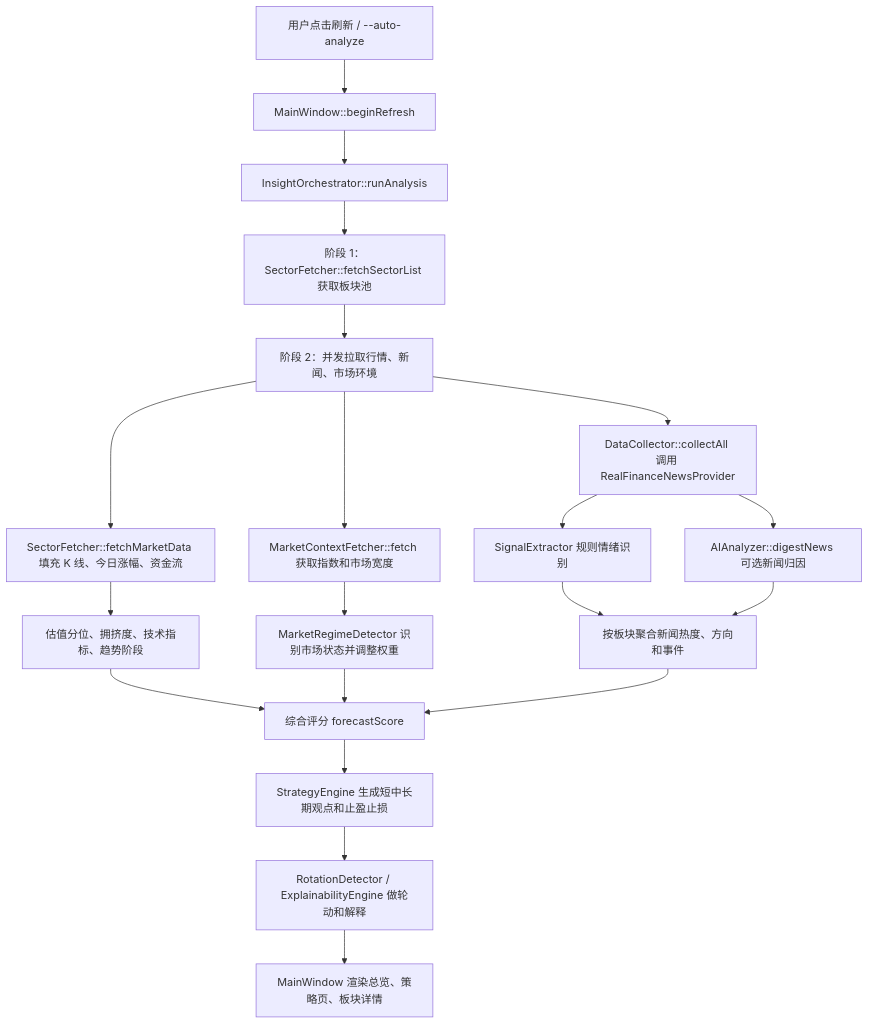
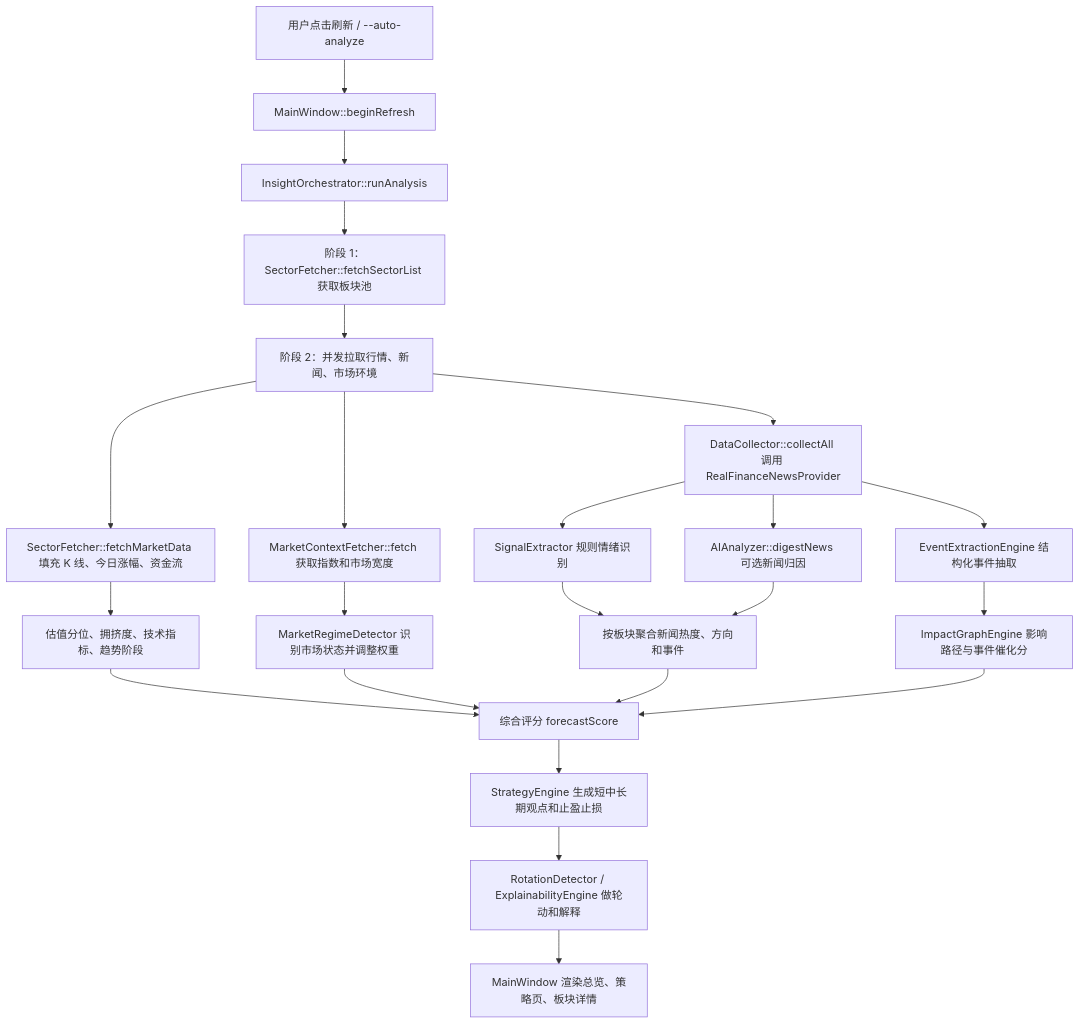
The first of 3 diagrams in docs/product/InvestInsight-product-overview.md (WavesTop/investmentTools), drawn with Mermaid before and after one commit. The commit also changed other lines of this file and 5 other files, not shown here.

````diff
--- a/docs/product/InvestInsight-product-overview.md
+++ b/docs/product/InvestInsight-product-overview.md
@@ -39,22 +39,25 @@
 ```mermaid
 flowchart TD
     A["用户点击刷新 / --auto-analyze"] --> B["MainWindow::beginRefresh"]
     B --> C["InsightOrchestrator::runAnalysis"]
     C --> D["阶段 1：SectorFetcher::fetchSectorList 获取板块池"]
     D --> E["阶段 2：并发拉取行情、新闻、市场环境"]
     E --> F1["SectorFetcher::fetchMarketData 填充 K 线、今日涨幅、资金流"]
     E --> F2["DataCollector::collectAll 调用 RealFinanceNewsProvider"]
     E --> F3["MarketContextFetcher::fetch 获取指数和市场宽度"]
     F2 --> G1["SignalExtractor 规则情绪识别"]
+    F2 --> G0["EventExtractionEngine 结构化事件抽取"]
+    G0 --> G00["ImpactGraphEngine 影响路径与事件催化分"]
     F2 --> G2["AIAnalyzer::digestNews 可选新闻归因"]
     F1 --> H["估值分位、拥挤度、技术指标、趋势阶段"]
     F3 --> I["MarketRegimeDetector 识别市场状态并调整权重"]
     G1 --> J["按板块聚合新闻热度、方向和事件"]
     G2 --> J
     H --> K["综合评分 forecastScore"]
     I --> K
     J --> K
+    G00 --> K
     K --> L["StrategyEngine 生成短中长期观点和止盈止损"]
     L --> M["RotationDetector / ExplainabilityEngine 做轮动和解释"]
     M --> N["MainWindow 渲染总览、策略页、板块详情"]
 ```
````
